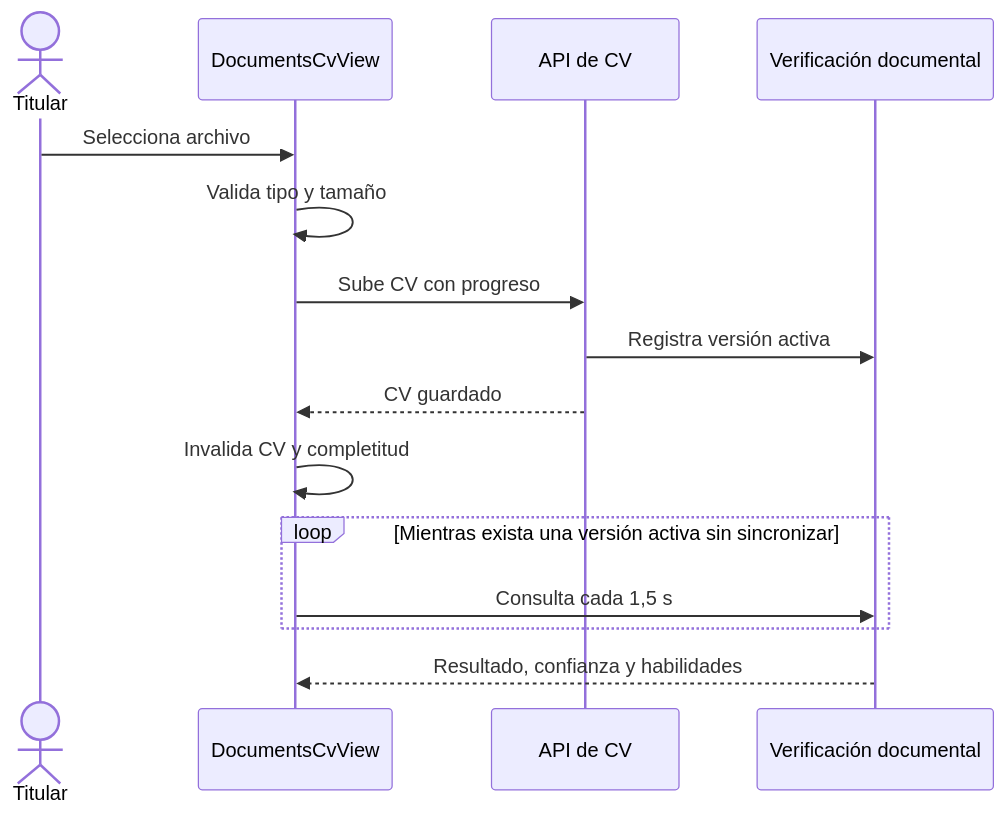
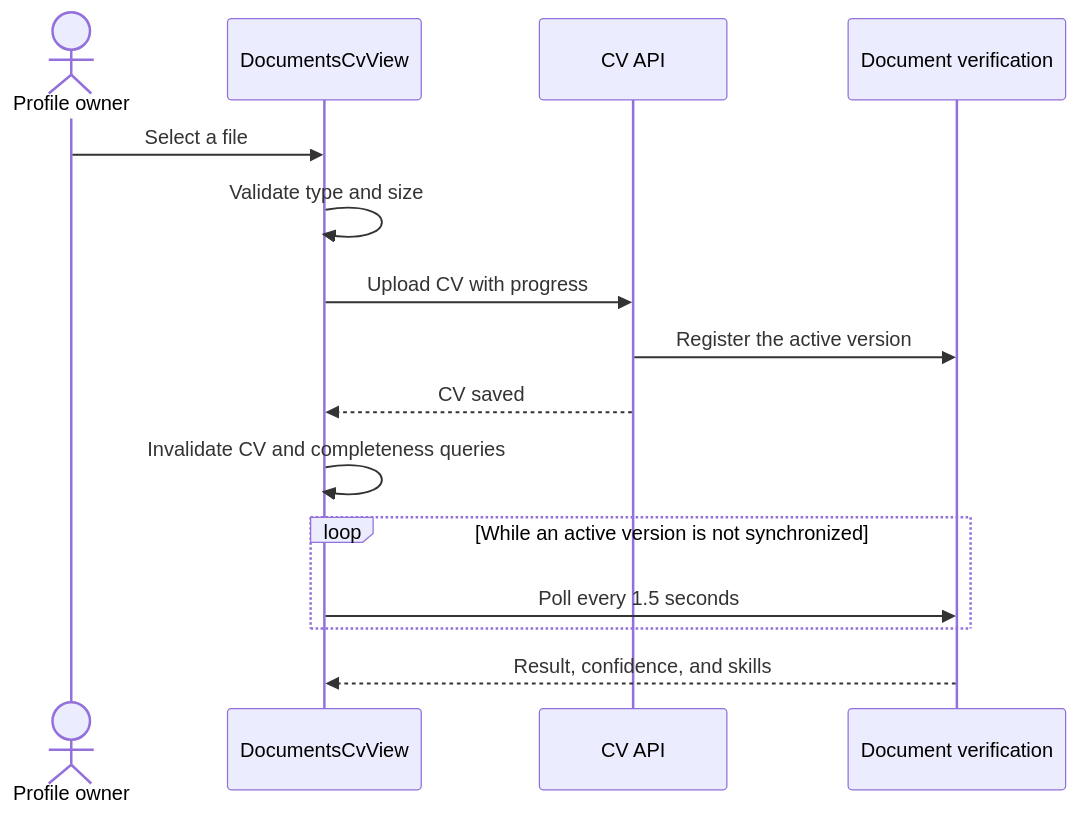
One commit to UMSSY/umssy-app changed the second of 2 diagrams in docs/cv/README.md. Above: the diagram before and after it, drawn with Mermaid. The commit also changed other lines of this file and 6 other files, not shown here.

````diff
--- a/docs/cv/README.md
+++ b/docs/cv/README.md
@@ -25,17 +25,17 @@
 ```mermaid
 sequenceDiagram
-  actor Owner as Titular
+  actor Owner as Profile owner
   participant UI as DocumentsCvView
-  participant CV as API de CV
-  participant Radar as Verificación documental
-  Owner->>UI: Selecciona archivo
-  UI->>UI: Valida tipo y tamaño
-  UI->>CV: Sube CV con progreso
-  CV->>Radar: Registra versión activa
-  CV-->>UI: CV guardado
-  UI->>UI: Invalida CV y completitud
-  loop Mientras exista una versión activa sin sincronizar
-    UI->>Radar: Consulta cada 1,5 s
+  participant CV as CV API
+  participant Radar as Document verification
+  Owner->>UI: Select a file
+  UI->>UI: Validate type and size
+  UI->>CV: Upload CV with progress
+  CV->>Radar: Register the active version
+  CV-->>UI: CV saved
+  UI->>UI: Invalidate CV and completeness queries
+  loop While an active version is not synchronized
+    UI->>Radar: Poll every 1.5 seconds
   end
-  Radar-->>UI: Resultado, confianza y habilidades
+  Radar-->>UI: Result, confidence, and skills
 ```
````
